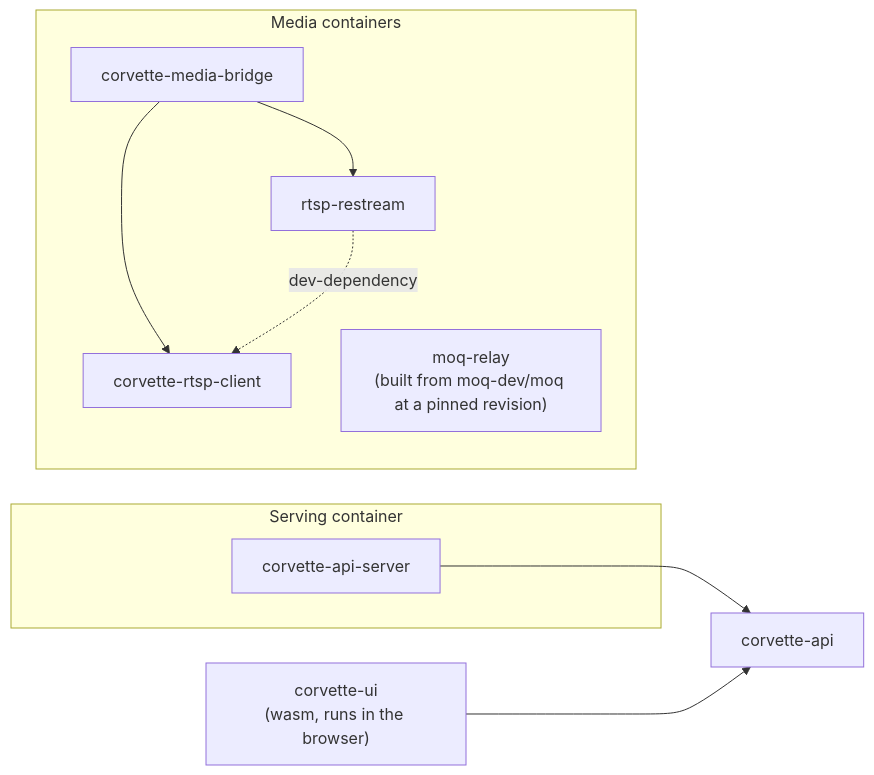
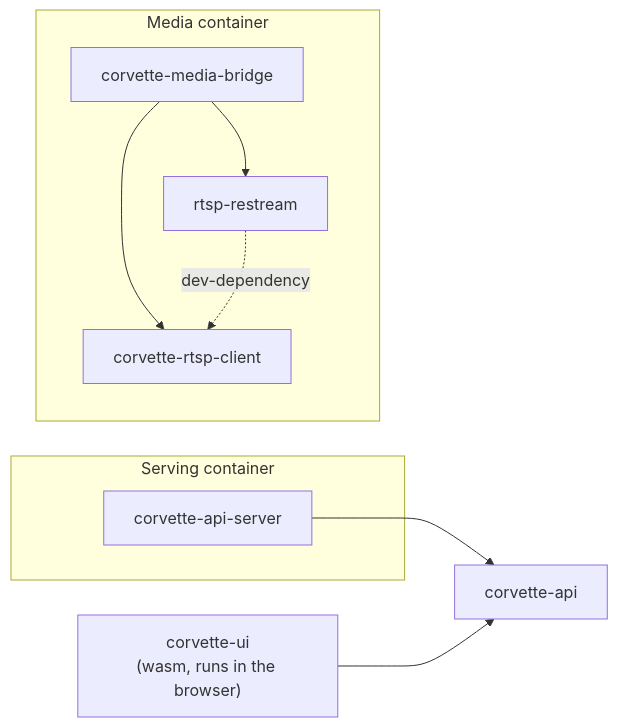
Before and after one commit to cvandesande/corvette: the second of 5 diagrams in docs/design/architecture.md, drawn with Mermaid. The commit also changed other lines of this file and 1 other file, not shown here.

````diff
--- a/docs/design/architecture.md
+++ b/docs/design/architecture.md
@@ -117,19 +113,18 @@
 ```mermaid
 flowchart LR
     apilib["corvette-api"]
     ui["corvette-ui<br/>(wasm, runs in the browser)"]
     subgraph servingc["Serving container"]
         apiserver["corvette-api-server"]
     end
-    subgraph mediac["Media containers"]
+    subgraph mediac["Media container"]
         bridge["corvette-media-bridge"]
         rtspc["corvette-rtsp-client"]
         restream["rtsp-restream"]
-        relay["moq-relay<br/>(built from moq-dev/moq at a pinned revision)"]
     end
     apiserver --> apilib
     ui --> apilib
     bridge --> rtspc
     bridge --> restream
     restream -.->|"dev-dependency"| rtspc
 ```
````
